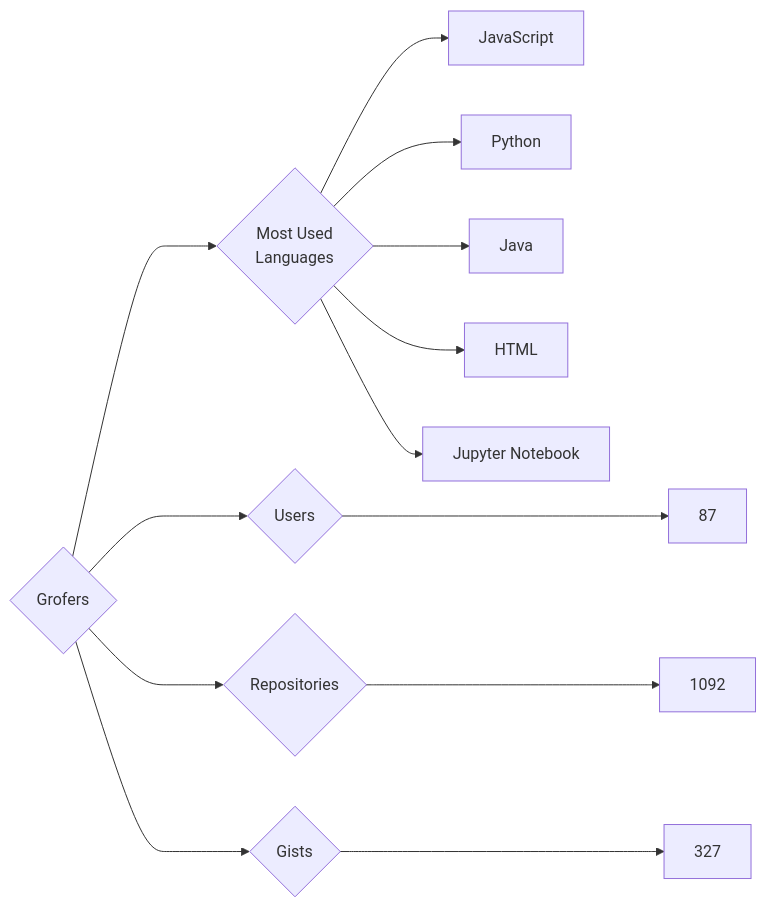
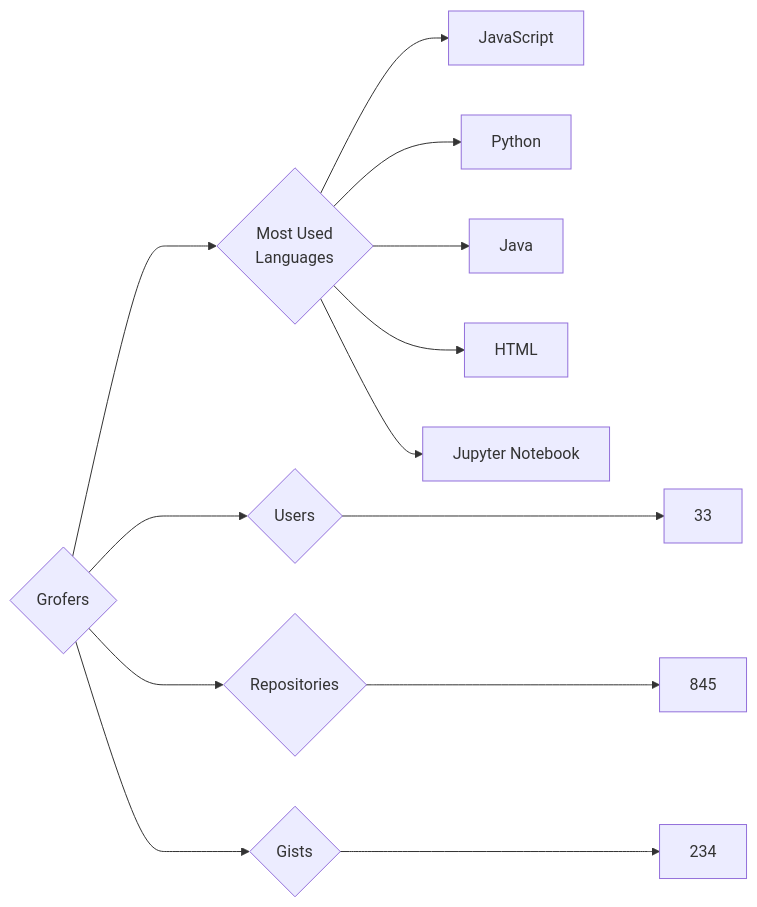
Before and after one commit to trickest/insiders: the diagram in targets/Grofers/README.md, drawn with Mermaid. The commit also changed 930 other files, not shown here.

````diff
--- a/targets/Grofers/README.md
+++ b/targets/Grofers/README.md
@@ -3,13 +3,13 @@
 ```mermaid
 graph LR
 COMPANY_NAME{Grofers}
-COMPANY_NAME ---> U{Users} ---> UN[87]
-COMPANY_NAME ---> R{Repositories} ---> RN[1092]
-COMPANY_NAME ---> G{Gists} ---> GN[327]
+COMPANY_NAME ---> U{Users} ---> UN[33]
+COMPANY_NAME ---> R{Repositories} ---> RN[845]
+COMPANY_NAME ---> G{Gists} ---> GN[234]
 COMPANY_NAME ---> ML{Most Used<br>Languages}
 ML --> JavaScript[JavaScript]
 ML --> Python[Python]
 ML --> Java[Java]
 ML --> HTML[HTML]
 ML --> Jupyter_Notebook[Jupyter Notebook]
 ```
````
